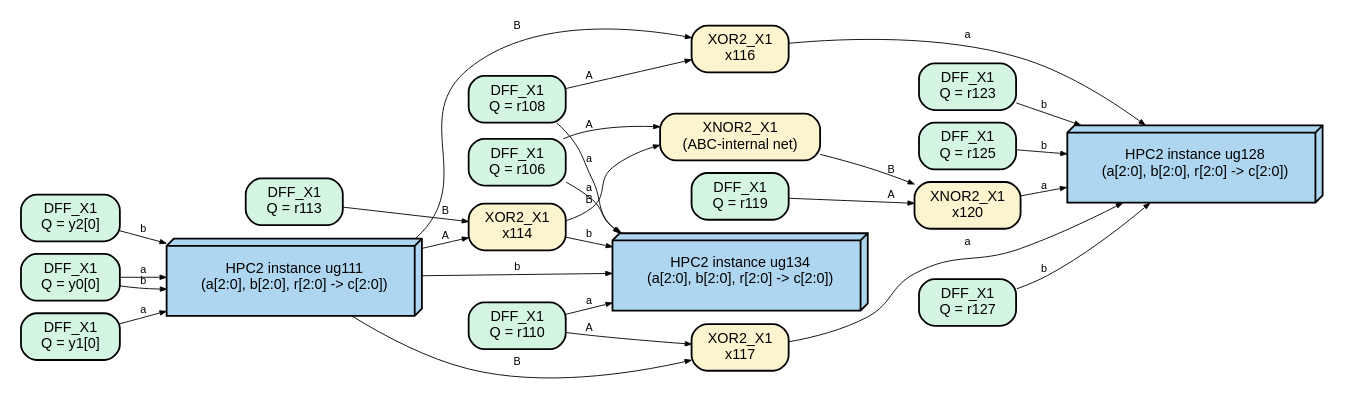
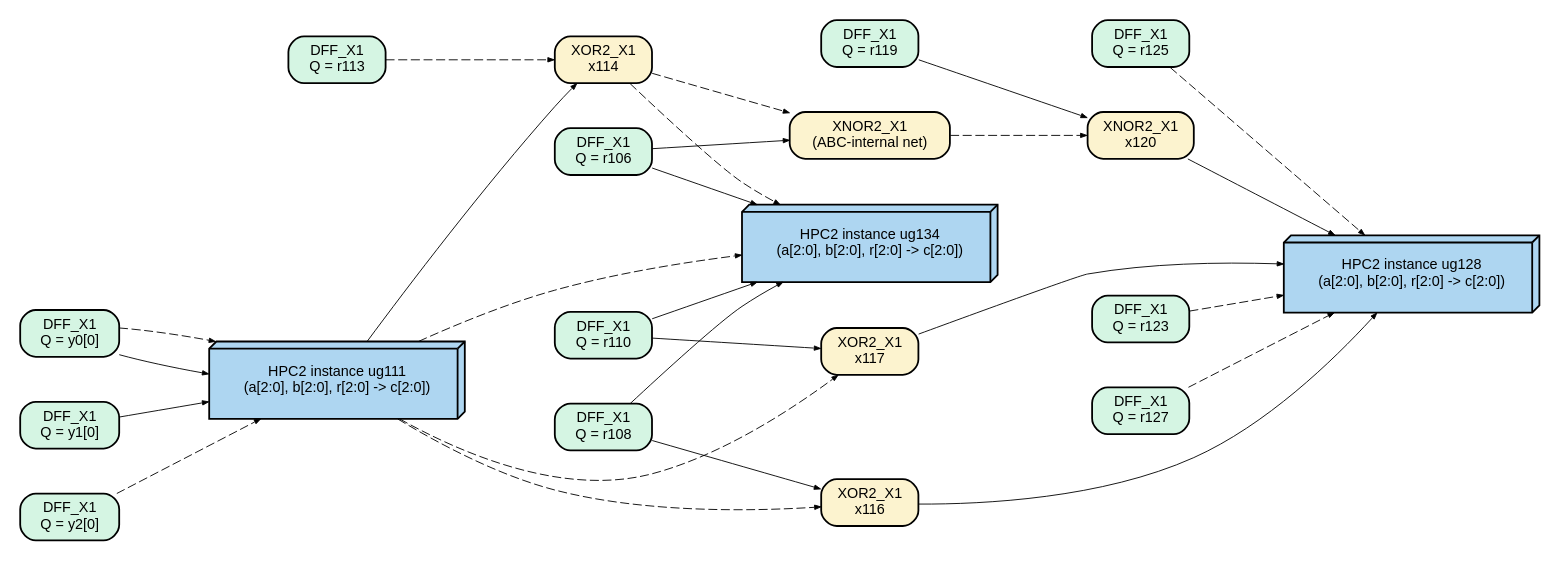
One commit to BlueBrik1/pams changed the diagram in paper/figures/gates/slice_bit1.dot. Above: the diagram before and after it, drawn with Graphviz. The commit also changed 46 other files, not shown here.

```diff
--- a/paper/figures/gates/slice_bit1.dot
+++ b/paper/figures/gates/slice_bit1.dot
@@ -1,48 +1,48 @@
 digraph slice {
-rankdir=LR; nodesep=0.1; ranksep=0.3; node [fontname="Helvetica", fontsize=8, shape=box, style="rounded,filled", height=0.22];
+rankdir=LR; splines=true; nodesep=0.35; ranksep=0.7; node [fontname="Helvetica", fontsize=8, shape=box, style="rounded,filled", height=0.22];
 edge [arrowsize=0.35, penwidth=0.5, fontsize=6, fontname="Helvetica"];
+"$auto$ff.cc:266:slice$3162" [label="DFF_X1\nQ = r125", fillcolor="#d5f5e3"];
+"ug111" [label="HPC2 instance ug111\n(a[2:0], b[2:0], r[2:0] -> c[2:0])", fillcolor="#aed6f1", shape=box3d, height=0.6];
+"$auto$ff.cc:266:slice$3156" [label="DFF_X1\nQ = r113", fillcolor="#d5f5e3"];
+"$auto$ff.cc:266:slice$4101" [label="DFF_X1\nQ = y0[0]", fillcolor="#d5f5e3"];
+"$auto$ff.cc:266:slice$4115" [label="DFF_X1\nQ = y1[0]", fillcolor="#d5f5e3"];
+"$abc$17698$auto$blifparse.cc:386:parse_blif$19950" [label="XNOR2_X1\n(ABC-internal net)", fillcolor="#fcf3cf"];
+"$abc$17698$auto$blifparse.cc:386:parse_blif$19951" [label="XNOR2_X1\nx120", fillcolor="#fcf3cf"];
+"$auto$ff.cc:266:slice$3150" [label="DFF_X1\nQ = r106", fillcolor="#d5f5e3"];
+"$auto$ff.cc:266:slice$4129" [label="DFF_X1\nQ = y2[0]", fillcolor="#d5f5e3"];
+"$abc$17698$auto$blifparse.cc:386:parse_blif$19949" [label="XOR2_X1\nx117", fillcolor="#fcf3cf"];
+"$auto$ff.cc:266:slice$3160" [label="DFF_X1\nQ = r123", fillcolor="#d5f5e3"];
+"$auto$ff.cc:266:slice$3154" [label="DFF_X1\nQ = r110", fillcolor="#d5f5e3"];
+"$auto$ff.cc:266:slice$3164" [label="DFF_X1\nQ = r127", fillcolor="#d5f5e3"];
 "$auto$ff.cc:266:slice$3158" [label="DFF_X1\nQ = r119", fillcolor="#d5f5e3"];
-"$auto$ff.cc:266:slice$3152" [label="DFF_X1\nQ = r108", fillcolor="#d5f5e3"];
-"$abc$17698$auto$blifparse.cc:386:parse_blif$19950" [label="XNOR2_X1\n(ABC-internal net)", fillcolor="#fcf3cf"];
-"$auto$ff.cc:266:slice$3160" [label="DFF_X1\nQ = r123", fillcolor="#d5f5e3"];
-"$auto$ff.cc:266:slice$3150" [label="DFF_X1\nQ = r106", fillcolor="#d5f5e3"];
-"$auto$ff.cc:266:slice$3162" [label="DFF_X1\nQ = r125", fillcolor="#d5f5e3"];
-"$auto$ff.cc:266:slice$4129" [label="DFF_X1\nQ = y2[0]", fillcolor="#d5f5e3"];
-"$auto$ff.cc:266:slice$4101" [label="DFF_X1\nQ = y0[0]", fillcolor="#d5f5e3"];
 "$abc$17698$auto$blifparse.cc:386:parse_blif$19948" [label="XOR2_X1\nx116", fillcolor="#fcf3cf"];
-"$auto$ff.cc:266:slice$3164" [label="DFF_X1\nQ = r127", fillcolor="#d5f5e3"];
-"ug111" [label="HPC2 instance ug111\n(a[2:0], b[2:0], r[2:0] -> c[2:0])", fillcolor="#aed6f1", shape=box3d, height=0.6];
-"$auto$ff.cc:266:slice$4115" [label="DFF_X1\nQ = y1[0]", fillcolor="#d5f5e3"];
+"ug128" [label="HPC2 instance ug128\n(a[2:0], b[2:0], r[2:0] -> c[2:0])", fillcolor="#aed6f1", shape=box3d, height=0.6];
 "ug134" [label="HPC2 instance ug134\n(a[2:0], b[2:0], r[2:0] -> c[2:0])", fillcolor="#aed6f1", shape=box3d, height=0.6];
 "$abc$17698$auto$blifparse.cc:386:parse_blif$19947" [label="XOR2_X1\nx114", fillcolor="#fcf3cf"];
-"$abc$17698$auto$blifparse.cc:386:parse_blif$19949" [label="XOR2_X1\nx117", fillcolor="#fcf3cf"];
-"$auto$ff.cc:266:slice$3156" [label="DFF_X1\nQ = r113", fillcolor="#d5f5e3"];
-"$abc$17698$auto$blifparse.cc:386:parse_blif$19951" [label="XNOR2_X1\nx120", fillcolor="#fcf3cf"];
-"ug128" [label="HPC2 instance ug128\n(a[2:0], b[2:0], r[2:0] -> c[2:0])", fillcolor="#aed6f1", shape=box3d, height=0.6];
-"$auto$ff.cc:266:slice$3154" [label="DFF_X1\nQ = r110", fillcolor="#d5f5e3"];
-"$abc$17698$auto$blifparse.cc:386:parse_blif$19947" -> "$abc$17698$auto$blifparse.cc:386:parse_blif$19950" [label="B"];
-"$abc$17698$auto$blifparse.cc:386:parse_blif$19947" -> "ug134" [label="b"];
-"$abc$17698$auto$blifparse.cc:386:parse_blif$19948" -> "ug128" [label="a"];
-"$abc$17698$auto$blifparse.cc:386:parse_blif$19949" -> "ug128" [label="a"];
-"$abc$17698$auto$blifparse.cc:386:parse_blif$19950" -> "$abc$17698$auto$blifparse.cc:386:parse_blif$19951" [label="B"];
-"$abc$17698$auto$blifparse.cc:386:parse_blif$19951" -> "ug128" [label="a"];
-"$auto$ff.cc:266:slice$3150" -> "$abc$17698$auto$blifparse.cc:386:parse_blif$19950" [label="A"];
-"$auto$ff.cc:266:slice$3150" -> "ug134" [label="a"];
-"$auto$ff.cc:266:slice$3152" -> "$abc$17698$auto$blifparse.cc:386:parse_blif$19948" [label="A"];
-"$auto$ff.cc:266:slice$3152" -> "ug134" [label="a"];
-"$auto$ff.cc:266:slice$3154" -> "$abc$17698$auto$blifparse.cc:386:parse_blif$19949" [label="A"];
-"$auto$ff.cc:266:slice$3154" -> "ug134" [label="a"];
-"$auto$ff.cc:266:slice$3156" -> "$abc$17698$auto$blifparse.cc:386:parse_blif$19947" [label="B"];
-"$auto$ff.cc:266:slice$3158" -> "$abc$17698$auto$blifparse.cc:386:parse_blif$19951" [label="A"];
-"$auto$ff.cc:266:slice$3160" -> "ug128" [label="b"];
-"$auto$ff.cc:266:slice$3162" -> "ug128" [label="b"];
-"$auto$ff.cc:266:slice$3164" -> "ug128" [label="b"];
-"$auto$ff.cc:266:slice$4101" -> "ug111" [label="a"];
-"$auto$ff.cc:266:slice$4101" -> "ug111" [label="b"];
-"$auto$ff.cc:266:slice$4115" -> "ug111" [label="a"];
-"$auto$ff.cc:266:slice$4129" -> "ug111" [label="b"];
-"ug111" -> "$abc$17698$auto$blifparse.cc:386:parse_blif$19947" [label="A"];
-"ug111" -> "$abc$17698$auto$blifparse.cc:386:parse_blif$19948" [label="B"];
-"ug111" -> "$abc$17698$auto$blifparse.cc:386:parse_blif$19949" [label="B"];
-"ug111" -> "ug134" [label="b"];
+"$auto$ff.cc:266:slice$3152" [label="DFF_X1\nQ = r108", fillcolor="#d5f5e3"];
+"$abc$17698$auto$blifparse.cc:386:parse_blif$19947" -> "$abc$17698$auto$blifparse.cc:386:parse_blif$19950" [style=dashed];
+"$abc$17698$auto$blifparse.cc:386:parse_blif$19947" -> "ug134" [style=dashed];
+"$abc$17698$auto$blifparse.cc:386:parse_blif$19948" -> "ug128" [style=solid];
+"$abc$17698$auto$blifparse.cc:386:parse_blif$19949" -> "ug128" [style=solid];
+"$abc$17698$auto$blifparse.cc:386:parse_blif$19950" -> "$abc$17698$auto$blifparse.cc:386:parse_blif$19951" [style=dashed];
+"$abc$17698$auto$blifparse.cc:386:parse_blif$19951" -> "ug128" [style=solid];
+"$auto$ff.cc:266:slice$3150" -> "$abc$17698$auto$blifparse.cc:386:parse_blif$19950" [style=solid];
+"$auto$ff.cc:266:slice$3150" -> "ug134" [style=solid];
+"$auto$ff.cc:266:slice$3152" -> "$abc$17698$auto$blifparse.cc:386:parse_blif$19948" [style=solid];
+"$auto$ff.cc:266:slice$3152" -> "ug134" [style=solid];
+"$auto$ff.cc:266:slice$3154" -> "$abc$17698$auto$blifparse.cc:386:parse_blif$19949" [style=solid];
+"$auto$ff.cc:266:slice$3154" -> "ug134" [style=solid];
+"$auto$ff.cc:266:slice$3156" -> "$abc$17698$auto$blifparse.cc:386:parse_blif$19947" [style=dashed];
+"$auto$ff.cc:266:slice$3158" -> "$abc$17698$auto$blifparse.cc:386:parse_blif$19951" [style=solid];
+"$auto$ff.cc:266:slice$3160" -> "ug128" [style=dashed];
+"$auto$ff.cc:266:slice$3162" -> "ug128" [style=dashed];
+"$auto$ff.cc:266:slice$3164" -> "ug128" [style=dashed];
+"$auto$ff.cc:266:slice$4101" -> "ug111" [style=solid];
+"$auto$ff.cc:266:slice$4101" -> "ug111" [style=dashed];
+"$auto$ff.cc:266:slice$4115" -> "ug111" [style=solid];
+"$auto$ff.cc:266:slice$4129" -> "ug111" [style=dashed];
+"ug111" -> "$abc$17698$auto$blifparse.cc:386:parse_blif$19947" [style=solid];
+"ug111" -> "$abc$17698$auto$blifparse.cc:386:parse_blif$19948" [style=dashed];
+"ug111" -> "$abc$17698$auto$blifparse.cc:386:parse_blif$19949" [style=dashed];
+"ug111" -> "ug134" [style=dashed];
 }
```
